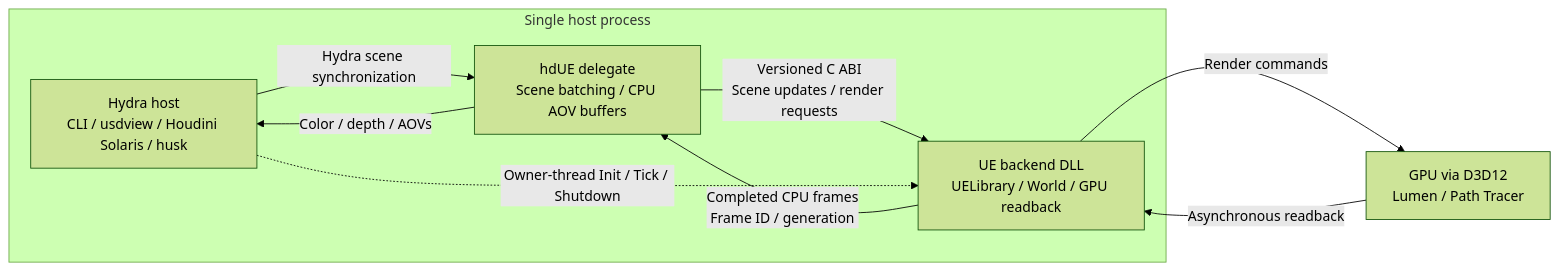
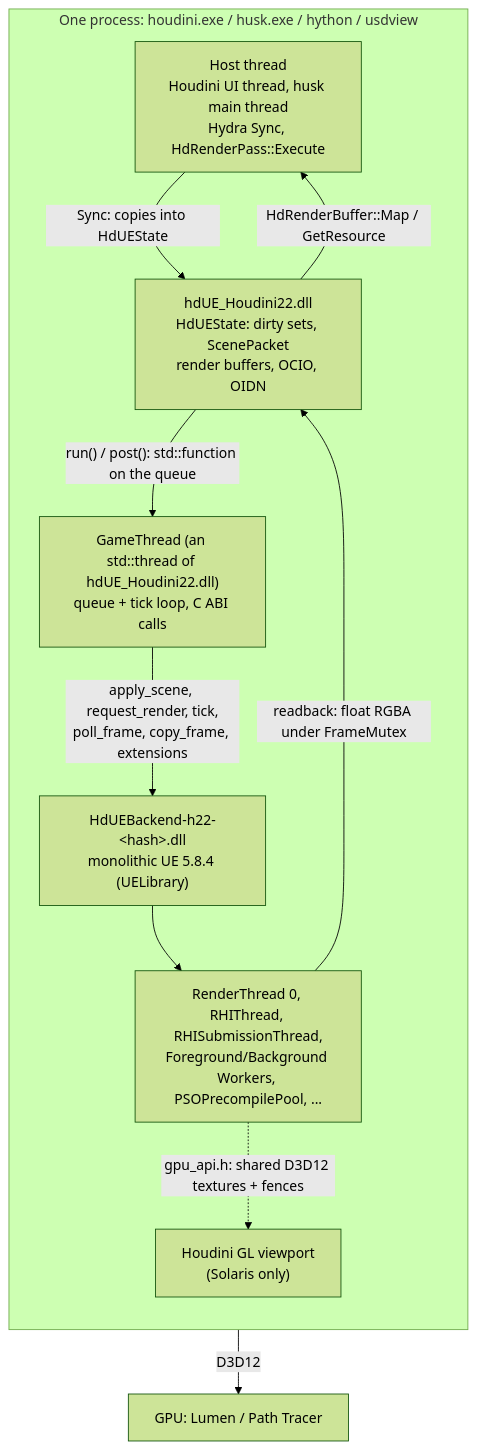
The diagram in docs/architecture.md (healkeiser/HdUnrealEngine), drawn with Mermaid (forest theme) before and after one commit. The commit also changed other lines of this file and 1 other file, not shown here.

First line of the commit message:
docs/architecture.md: runtime anatomy for developers (processes, modules, threads, frame flow, startup/shutdown, ABI 11)

````diff
--- a/docs/architecture.md
+++ b/docs/architecture.md
@@ -3,18 +5,21 @@
 ```mermaid
-flowchart LR
-    subgraph Process["Single host process"]
-        Host["Hydra host<br/>CLI / usdview / Houdini Solaris / husk"]
-        Delegate["hdUE delegate<br/>Scene batching / CPU AOV buffers"]
-        Backend["UE backend DLL<br/>UELibrary / World / GPU readback"]
+flowchart TB
+    subgraph Process["One process: houdini.exe / husk.exe / hython / usdview"]
+        direction TB
+        Host["Host thread<br/>Houdini UI thread, husk main thread<br/>Hydra Sync, HdRenderPass::Execute"]
+        Delegate["hdUE_Houdini22.dll<br/>HdUEState: dirty sets, ScenePacket<br/>render buffers, OCIO, OIDN"]
+        GT["GameThread (an std::thread of hdUE_Houdini22.dll)<br/>queue + tick loop, C ABI calls"]
+        Backend["HdUEBackend-h22-&lt;hash&gt;.dll<br/>monolithic UE 5.8.4 (UELibrary)"]
+        UEThreads["RenderThread 0, RHIThread, RHISubmissionThread,<br/>Foreground/Background Workers, PSOPrecompilePool, ..."]
+        GL["Houdini GL viewport<br/>(Solaris only)"]
 
-        Host -->|"Hydra scene synchronization"| Delegate
-        Delegate -->|"Versioned C ABI<br/>Scene updates / render requests"| Backend
-        Backend -->|"Completed CPU frames<br/>Frame ID / generation"| Delegate
-        Delegate -->|"Color / depth / AOVs"| Host
-        Host -.->|"Owner-thread Init / Tick / Shutdown"| Backend
+        Host -->|"Sync: copies into HdUEState"| Delegate
+        Delegate -->|"run() / post(): std::function on the queue"| GT
+        GT -->|"apply_scene, request_render, tick,<br/>poll_frame, copy_frame, extensions"| Backend
+        Backend --> UEThreads
+        UEThreads -->|"readback: float RGBA under FrameMutex"| Delegate
+        Delegate -->|"HdRenderBuffer::Map / GetResource"| Host
+        UEThreads -.->|"gpu_api.h: shared D3D12 textures + fences"| GL
     end
-
-    GPU["GPU via D3D12<br/>Lumen / Path Tracer"]
-    Backend -->|"Render commands"| GPU
-    GPU -->|"Asynchronous readback"| Backend
+    UEThreads -->|"D3D12"| GPU["GPU: Lumen / Path Tracer"]
 ```
````
